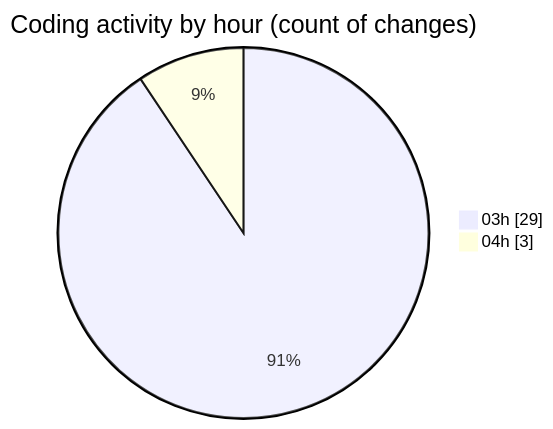
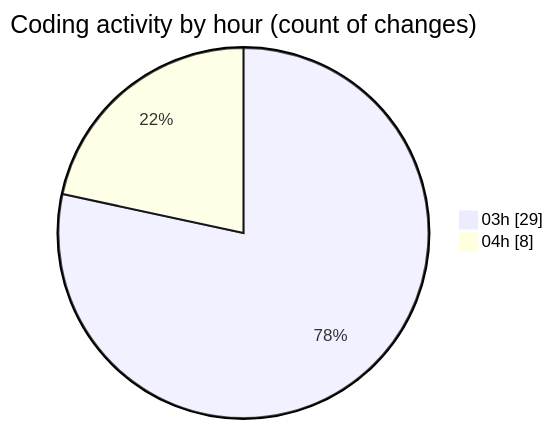
The second of 2 diagrams in 2025-09-07/quytuthien_vn/README.md (lephambinh05/code-tracking), drawn with Mermaid before and after one commit. The commit also changed other lines of this file and 1 other file, not shown here.

````diff
--- a/2025-09-07/quytuthien_vn/README.md
+++ b/2025-09-07/quytuthien_vn/README.md
@@ -31,6 +32,6 @@
 ```mermaid
 pie showData
 title Coding activity by hour (count of changes)
 "03h" : 29
-"04h" : 3
+"04h" : 8
 ```
````
